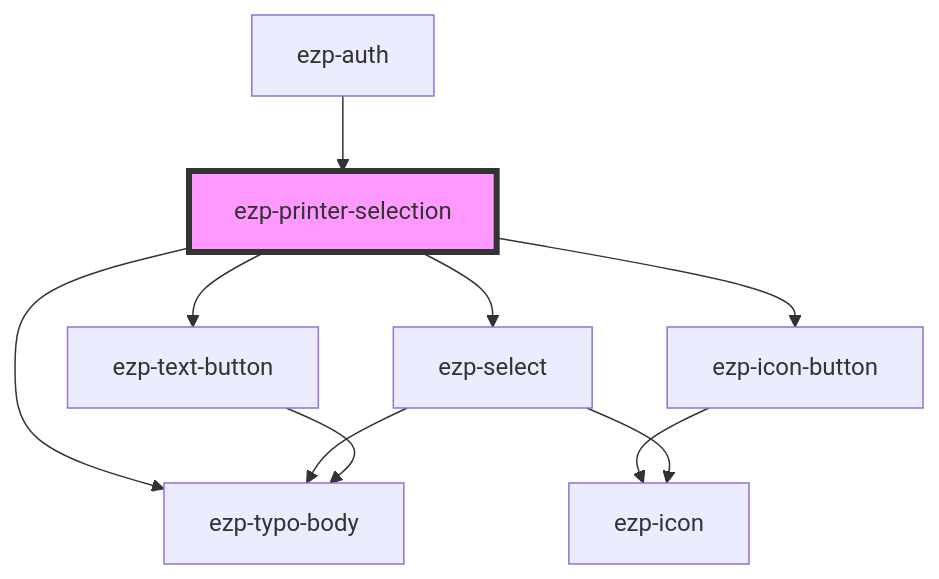
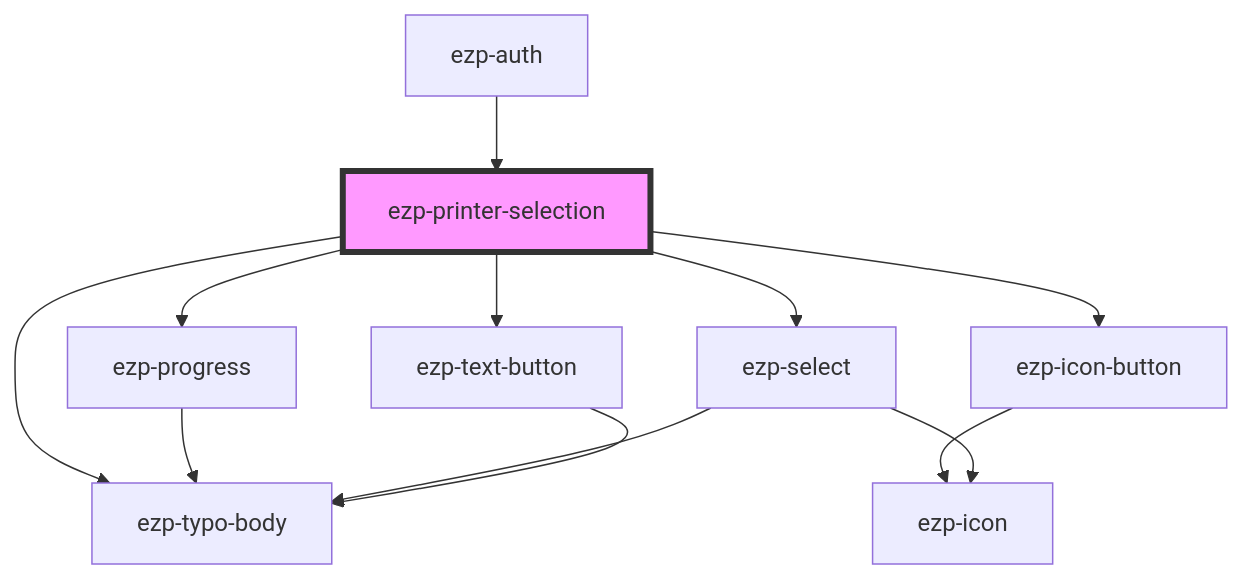
One commit to ezeep/ezeep-js changed the diagram in src/components/ezp-printer-selection/readme.md. Above: the diagram before and after it, drawn with Mermaid. The commit also changed other lines of this file and 13 other files, not shown here.

````diff
--- a/src/components/ezp-printer-selection/readme.md
+++ b/src/components/ezp-printer-selection/readme.md
@@ -42,13 +45,15 @@
 ```mermaid
 graph TD;
+  ezp-printer-selection --> ezp-progress
   ezp-printer-selection --> ezp-typo-body
   ezp-printer-selection --> ezp-icon-button
   ezp-printer-selection --> ezp-select
   ezp-printer-selection --> ezp-text-button
+  ezp-progress --> ezp-typo-body
   ezp-icon-button --> ezp-icon
   ezp-select --> ezp-icon
   ezp-select --> ezp-typo-body
   ezp-text-button --> ezp-typo-body
   ezp-auth --> ezp-printer-selection
   style ezp-printer-selection fill:#f9f,stroke:#333,stroke-width:4px
 ```
````
